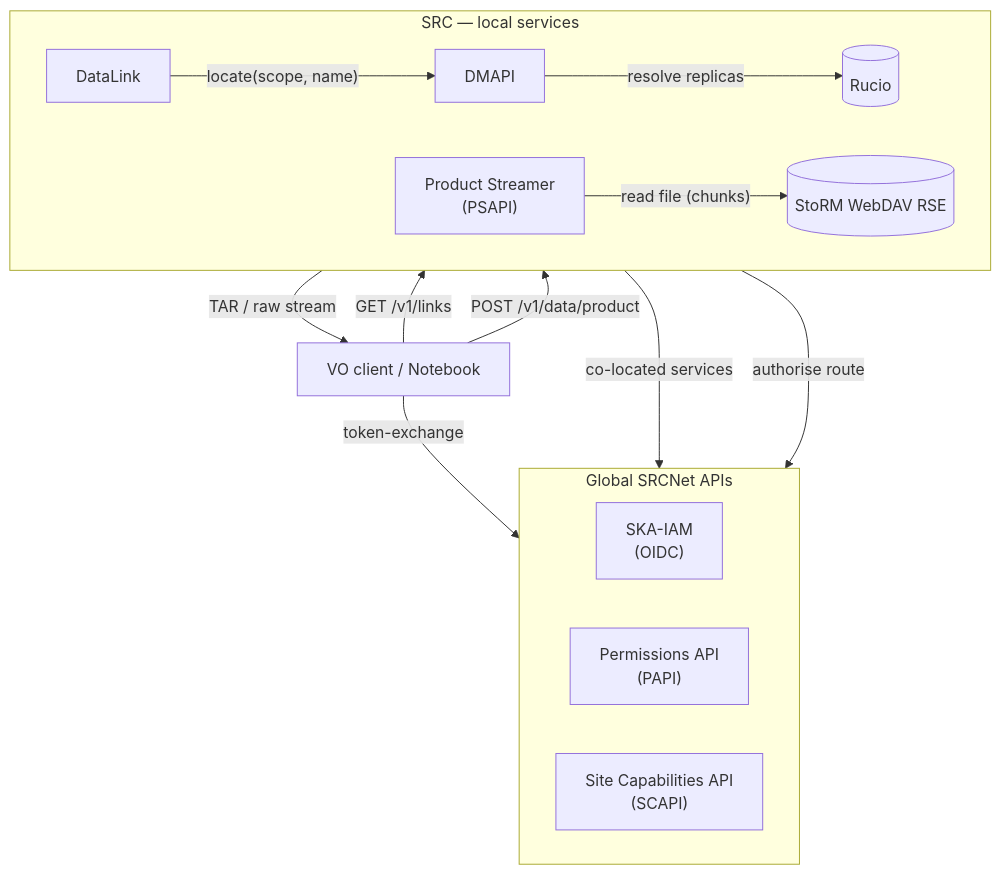
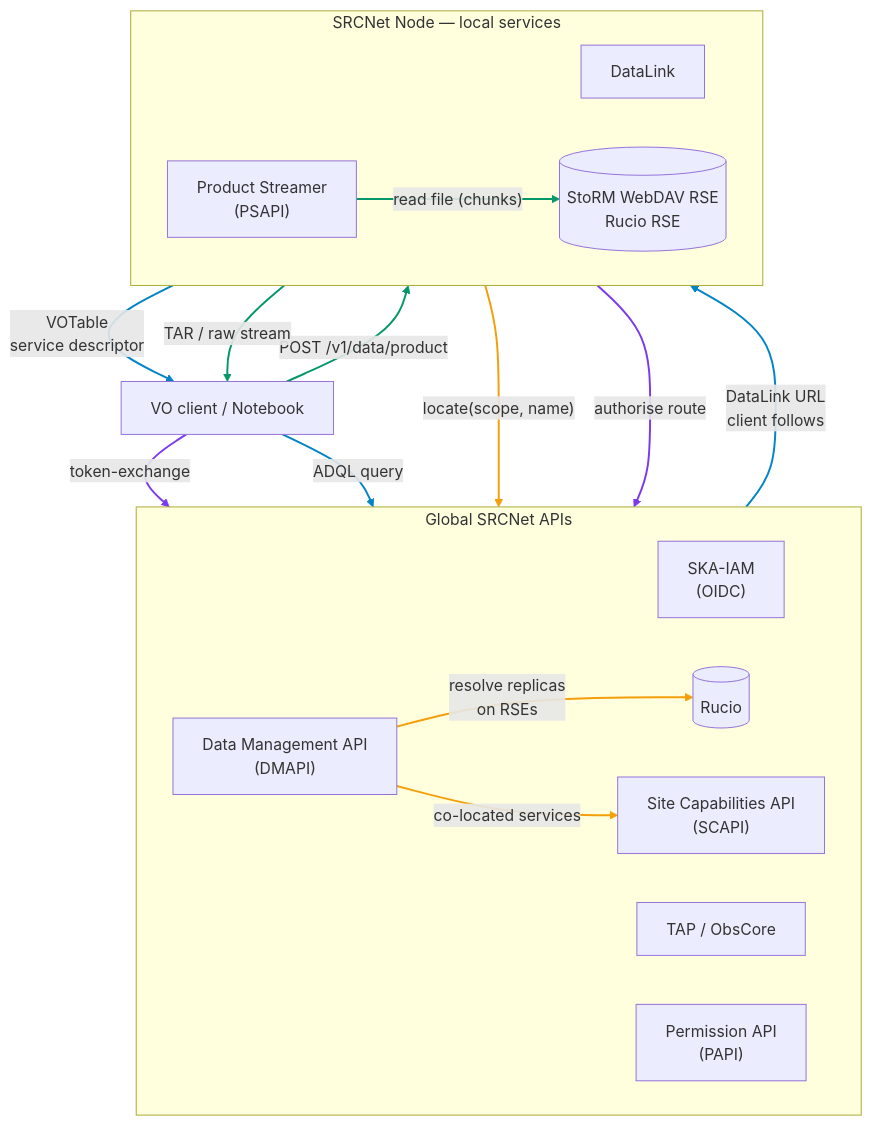
Before and after one commit to MicheleDelliVeneri/IVOA-Strasbourg-Product-Streamer: the second of 3 diagrams in slides.md, drawn with Mermaid. The commit also changed other lines of this file, not shown here.

````diff
--- a/slides.md
+++ b/slides.md
@@ -182,32 +241,40 @@
-```mermaid {scale: 0.55}
+```mermaid {scale: 0.50}
 flowchart TB
   C["VO client / Notebook"]
 
   subgraph GLOBAL ["Global SRCNet APIs"]
     direction LR
     IAM["SKA-IAM<br/>(OIDC)"]
-    PAPI["Permissions API<br/>(PAPI)"]
+    TAP["TAP / ObsCore"]
+    PAPI["Permission API<br/>(PAPI)"]
     SCAPI["Site Capabilities API<br/>(SCAPI)"]
+    DM["Data Management API<br/>(DMAPI)"]
+    R[("Rucio")]
   end
 
-  subgraph SRC ["SRC — local services"]
+  subgraph SRC ["SRCNet Node — local services"]
     direction LR
     DL["DataLink"]
-    DM["DMAPI"]
     PS["Product Streamer<br/>(PSAPI)"]
-    R[("Rucio")]
-    ST[("StoRM WebDAV RSE")]
+    ST[("StoRM WebDAV RSE<br/>Rucio RSE")]
   end
 
   C -- "token-exchange" --> IAM
-  C -- "GET /v1/links" --> DL
+  C -- "ADQL query" --> TAP
+  TAP -- "DataLink URL<br/>client follows" --> DL
+  DL -- "VOTable<br/>service descriptor" --> C
   C -- "POST /v1/data/product" --> PS
 
   DL -- "locate(scope, name)" --> DM
-  DM -- "resolve replicas" --> R
+  DM -- "resolve replicas<br/>on RSEs" --> R
   DM -- "co-located services" --> SCAPI
 
   PS -- "authorise route" --> PAPI
   PS -- "read file (chunks)" --> ST
   PS -- "TAR / raw stream" --> C
+
+  linkStyle 0,8 stroke:#7c3aed,stroke-width:2px
+  linkStyle 1,2,3 stroke:#0284c7,stroke-width:2px
+  linkStyle 4,9,10 stroke:#059669,stroke-width:2px
+  linkStyle 5,6,7 stroke:#f59e0b,stroke-width:2px
 ```
````
